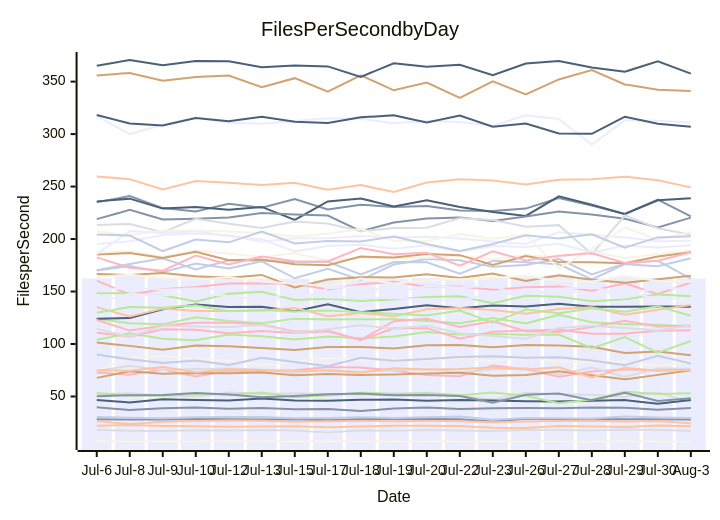
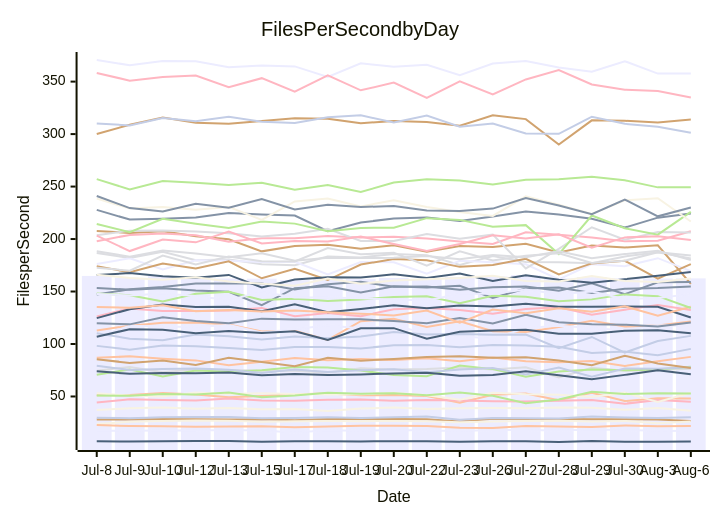
One commit to streetsidesoftware/cspell changed the diagram in perf-report.md. Above: the diagram before and after it, drawn with Mermaid. The commit also changed other lines of this file and 1 other file, not shown here.

````diff
--- a/perf-report.md
+++ b/perf-report.md
@@ -10,57 +10,57 @@
 ```mermaid
 xychart-beta
     title Files Per Second by Day
     y-axis Files per Second
-    x-axis Date [Jul-6, Jul-8, Jul-9, Jul-10, Jul-12, Jul-13, Jul-15, Jul-17, Jul-18, Jul-19, Jul-20, Jul-22, Jul-23, Jul-26, Jul-27, Jul-28, Jul-29, Jul-30, Aug-3]
-    bar [162.48, 164.83, 163.05, 164.68, 163.19, 162.43, 162.24, 160.81, 162.11, 161.80, 162.84, 161.83, 163.82, 164.32, 165.56, 162.55, 163.67, 162.66, 162.42]
-    line [28.34, 27.98, 28.10, 28.43, 28.38, 28.02, 28.20, 27.23, 28.58, 28.56, 28.51, 28.41, 26.08, 28.71, 28.53, 28.56, 28.21, 28.32, 27.98]
-    line [22.00, 22.72, 21.87, 21.57, 21.20, 21.36, 21.51, 20.58, 21.30, 22.19, 22.10, 21.88, 20.15, 20.04, 21.91, 21.31, 20.80, 22.35, 21.72]
-    line [52.09, 53.03, 50.88, 50.01, 53.83, 52.41, 53.08, 52.40, 51.77, 52.01, 53.58, 51.27, 46.96, 53.48, 52.00, 51.65, 49.61, 53.65, 44.73]
-    line [123.97, 119.80, 118.70, 125.49, 121.97, 119.76, 124.17, 123.39, 123.52, 123.46, 121.92, 119.72, 124.69, 119.65, 127.83, 120.71, 118.86, 118.39, 116.67]
-    line [101.41, 98.21, 94.52, 98.50, 97.78, 96.17, 94.33, 97.04, 97.24, 95.75, 98.78, 99.06, 97.00, 99.07, 98.61, 97.42, 91.49, 92.79, 89.32]
-    line [170.31, 176.15, 181.65, 170.98, 179.72, 179.37, 178.07, 178.35, 166.36, 178.14, 177.77, 166.91, 179.23, 177.92, 175.97, 161.59, 176.09, 174.17, 181.77]
-    line [160.32, 147.14, 152.12, 154.25, 157.55, 157.57, 157.54, 152.05, 156.89, 159.37, 154.51, 154.84, 151.75, 154.10, 154.75, 150.75, 157.93, 147.43, 158.79]
-    line [46.70, 44.23, 47.36, 46.58, 46.27, 47.99, 46.18, 45.89, 46.88, 47.09, 45.82, 46.71, 46.24, 45.49, 45.13, 45.94, 46.54, 43.06, 46.57]
-    line [7.61, 7.24, 7.01, 7.27, 7.49, 7.49, 6.93, 7.35, 7.41, 7.13, 7.42, 7.37, 6.94, 7.34, 7.37, 6.62, 7.52, 6.92, 6.91]
-    line [317.11, 300.01, 308.91, 315.76, 310.85, 309.84, 312.53, 315.03, 314.69, 310.30, 312.46, 311.42, 307.91, 317.83, 314.26, 289.97, 313.11, 312.72, 310.96]
-    line [39.71, 37.09, 38.73, 39.43, 38.35, 38.90, 37.77, 38.11, 36.22, 38.46, 39.54, 38.13, 38.75, 38.94, 38.82, 39.51, 39.23, 37.37, 39.03]
-    line [26.52, 23.76, 25.86, 26.61, 27.13, 26.83, 25.90, 26.40, 26.69, 26.50, 26.68, 26.34, 25.46, 26.08, 26.71, 26.98, 26.19, 26.72, 24.58]
-    line [18.07, 17.45, 17.16, 17.77, 17.48, 17.96, 17.52, 15.60, 17.77, 17.44, 17.98, 17.51, 17.20, 17.96, 18.17, 17.67, 18.43, 18.02, 17.45]
-    line [53.26, 50.86, 50.66, 52.36, 51.79, 53.82, 49.25, 50.85, 53.53, 52.69, 53.02, 51.19, 53.86, 50.78, 43.58, 47.06, 54.57, 52.43, 53.03]
-    line [355.88, 358.26, 350.93, 354.34, 355.82, 344.62, 353.27, 340.52, 356.06, 341.72, 349.11, 334.55, 350.21, 337.72, 352.09, 361.09, 347.33, 342.33, 341.03]
-    line [30.35, 29.68, 29.34, 30.24, 30.35, 30.53, 29.15, 29.59, 30.29, 29.57, 30.13, 31.01, 27.77, 29.48, 29.26, 29.06, 30.88, 29.94, 29.48]
-    line [72.78, 70.79, 75.77, 69.10, 74.66, 73.66, 75.08, 77.97, 77.53, 74.65, 70.42, 69.35, 79.56, 76.05, 68.90, 73.77, 75.65, 74.99, 75.71]
-    line [123.97, 124.67, 133.15, 137.66, 135.26, 135.39, 131.25, 137.83, 130.35, 133.37, 136.93, 134.10, 136.61, 135.79, 138.26, 135.57, 135.43, 135.66, 135.43]
-    line [74.62, 86.80, 88.24, 86.00, 84.39, 79.74, 83.17, 86.61, 84.55, 85.67, 84.70, 86.32, 83.67, 87.12, 83.64, 82.58, 83.71, 79.08, 83.62]
-    line [195.33, 197.97, 203.94, 205.22, 203.61, 197.40, 200.74, 200.72, 202.94, 201.36, 202.08, 200.55, 197.73, 195.25, 206.51, 204.03, 201.53, 197.81, 198.32]
-    line [235.03, 240.95, 229.51, 226.18, 233.66, 229.73, 238.10, 228.16, 232.72, 230.57, 231.48, 227.16, 226.70, 229.01, 239.01, 232.02, 223.69, 237.66, 221.63]
-    line [135.13, 126.22, 133.87, 131.35, 131.34, 131.95, 134.40, 126.35, 129.62, 126.47, 133.10, 134.27, 132.41, 128.75, 133.45, 135.04, 127.98, 132.62, 137.05]
-    line [73.99, 79.33, 75.23, 76.27, 76.63, 75.41, 72.48, 75.77, 73.22, 74.96, 75.84, 73.04, 75.74, 77.07, 71.05, 77.49, 68.74, 76.65, 76.34]
-    line [103.96, 110.20, 105.06, 103.60, 109.02, 107.38, 104.33, 107.04, 105.42, 107.07, 111.31, 108.98, 109.47, 108.84, 109.00, 95.94, 106.70, 91.83, 102.88]
-    line [67.72, 74.05, 71.58, 72.37, 72.08, 72.80, 70.30, 71.38, 70.52, 71.04, 71.91, 72.70, 69.86, 70.37, 73.91, 70.30, 66.36, 70.57, 74.92]
-    line [169.97, 174.21, 168.28, 176.77, 172.02, 178.72, 162.59, 171.56, 160.94, 175.73, 180.87, 179.86, 173.49, 175.22, 181.17, 166.29, 176.78, 179.24, 162.30]
-    line [122.86, 112.77, 117.49, 120.30, 120.41, 118.48, 111.84, 112.66, 103.82, 121.72, 123.96, 116.30, 121.57, 112.16, 111.54, 116.14, 122.06, 116.65, 117.60]
-    line [235.89, 238.48, 229.00, 230.57, 227.85, 230.59, 218.19, 235.84, 238.63, 231.13, 236.94, 230.60, 225.84, 222.04, 240.74, 232.71, 223.95, 236.98, 238.93]
-    line [186.82, 188.38, 183.25, 189.14, 186.31, 182.67, 186.39, 179.31, 182.07, 181.92, 182.11, 183.75, 180.78, 184.81, 182.65, 188.37, 181.75, 185.70, 188.91]
-    line [151.37, 153.34, 151.79, 153.10, 150.91, 149.71, 136.98, 153.14, 154.96, 149.05, 154.95, 153.94, 155.48, 143.79, 152.94, 153.75, 148.60, 152.63, 153.39]
-    line [218.95, 227.80, 218.56, 219.23, 220.42, 224.78, 223.29, 222.43, 207.49, 215.75, 219.62, 220.62, 217.24, 221.48, 226.19, 223.44, 219.34, 210.97, 220.37]
-    line [75.07, 74.46, 78.13, 73.01, 75.98, 75.26, 74.39, 74.57, 72.87, 76.84, 75.79, 76.25, 77.55, 75.81, 77.91, 68.05, 77.31, 74.56, 75.13]
-    line [213.33, 214.36, 206.61, 219.33, 214.62, 210.58, 216.81, 214.69, 207.39, 210.58, 210.83, 219.91, 218.25, 211.67, 213.25, 185.65, 222.45, 210.28, 204.15]
-    line [148.36, 148.23, 146.43, 140.41, 147.84, 149.86, 141.85, 143.07, 141.02, 142.51, 144.87, 145.54, 138.82, 146.01, 144.90, 140.82, 142.51, 147.27, 145.58]
-    line [185.15, 186.71, 181.92, 187.82, 179.82, 180.43, 176.01, 174.98, 183.26, 182.49, 185.76, 184.64, 175.39, 183.80, 178.20, 177.82, 176.95, 183.37, 187.31]
-    line [89.91, 85.41, 81.93, 84.31, 79.99, 86.85, 82.81, 78.74, 86.89, 84.13, 85.63, 87.55, 88.29, 86.90, 87.47, 84.26, 79.87, 88.81, 81.39]
-    line [110.64, 106.95, 114.12, 113.53, 110.15, 112.38, 110.43, 112.10, 103.78, 114.93, 115.08, 104.93, 111.58, 112.75, 113.47, 109.84, 109.80, 112.55, 113.19]
-    line [318.22, 310.11, 308.24, 315.35, 312.26, 316.54, 311.74, 310.63, 315.98, 317.85, 311.01, 317.69, 306.96, 309.97, 300.54, 300.28, 316.56, 309.78, 307.09]
-    line [207.36, 203.52, 207.94, 208.03, 207.20, 205.62, 202.48, 205.11, 209.83, 198.16, 198.05, 204.69, 200.38, 204.18, 172.00, 190.59, 211.20, 199.37, 206.67]
-    line [185.93, 207.58, 205.87, 207.35, 202.66, 199.84, 188.27, 193.42, 194.63, 190.82, 194.01, 187.89, 193.41, 192.42, 195.47, 187.19, 193.79, 191.90, 194.07]
-    line [50.10, 51.21, 51.39, 53.37, 51.98, 49.24, 50.53, 52.10, 52.76, 51.07, 51.44, 50.43, 43.97, 51.67, 52.73, 46.52, 53.63, 45.66, 48.27]
-    line [259.54, 257.07, 247.35, 255.25, 253.55, 251.59, 253.64, 246.87, 251.37, 244.82, 253.83, 256.85, 255.68, 251.95, 256.48, 257.08, 259.44, 255.93, 249.24]
-    line [114.45, 106.87, 117.37, 116.66, 116.21, 118.14, 111.02, 114.16, 117.75, 114.86, 117.38, 110.16, 107.68, 105.10, 115.28, 117.30, 115.27, 112.83, 117.78]
-    line [129.78, 135.18, 134.44, 136.88, 131.27, 132.43, 131.04, 131.83, 130.19, 128.92, 127.23, 131.88, 120.40, 132.81, 129.34, 133.97, 130.74, 135.91, 126.83]
-    line [166.75, 165.64, 167.61, 164.48, 163.07, 165.84, 153.93, 161.48, 163.65, 163.25, 166.55, 162.82, 167.25, 160.14, 165.42, 161.19, 158.31, 161.70, 164.91]
-    line [204.26, 203.31, 188.55, 199.47, 196.87, 207.15, 195.83, 198.09, 197.68, 202.31, 195.34, 188.56, 195.30, 203.49, 200.63, 204.54, 191.76, 201.55, 202.60]
-    line [182.50, 172.62, 169.88, 184.28, 175.71, 183.39, 178.90, 178.60, 191.51, 185.47, 186.89, 174.56, 188.32, 179.58, 184.08, 186.53, 177.20, 179.37, 187.46]
-    line [365.20, 370.59, 365.59, 369.56, 369.35, 363.79, 365.39, 364.51, 354.54, 367.49, 364.21, 365.97, 356.16, 367.24, 369.57, 363.41, 359.37, 369.40, 357.63]
-    line [163.84, 166.09, 162.99, 161.12, 163.50, 159.47, 157.31, 155.54, 162.49, 157.44, 160.47, 161.66, 162.86, 164.94, 160.13, 159.49, 164.72, 159.99, 159.02]
-    line [139.67, 147.61, 146.15, 148.02, 145.81, 141.78, 149.87, 144.29, 144.20, 143.50, 142.28, 141.37, 147.86, 147.77, 151.94, 147.31, 150.10, 142.92, 143.82]
+    x-axis Date [Jul-8, Jul-9, Jul-10, Jul-12, Jul-13, Jul-15, Jul-17, Jul-18, Jul-19, Jul-20, Jul-22, Jul-23, Jul-26, Jul-27, Jul-28, Jul-29, Jul-30, Aug-3, Aug-6]
+    bar [164.83, 163.05, 164.68, 163.19, 162.43, 162.24, 160.81, 162.11, 161.80, 162.84, 161.83, 163.82, 164.32, 165.56, 162.55, 163.67, 162.66, 162.42, 162.54]
+    line [227.80, 218.56, 219.23, 220.42, 224.78, 223.29, 222.43, 207.49, 215.75, 219.62, 220.62, 217.24, 221.48, 226.19, 223.44, 219.34, 210.97, 220.37, 224.37]
+    line [112.77, 117.49, 120.30, 120.41, 118.48, 111.84, 112.66, 103.82, 121.72, 123.96, 116.30, 121.57, 112.16, 111.54, 116.14, 122.06, 116.65, 117.60, 121.34]
+    line [74.46, 78.13, 73.01, 75.98, 75.26, 74.39, 74.57, 72.87, 76.84, 75.79, 76.25, 77.55, 75.81, 77.91, 68.05, 77.31, 74.56, 75.13, 76.37]
+    line [70.79, 75.77, 69.10, 74.66, 73.66, 75.08, 77.97, 77.53, 74.65, 70.42, 69.35, 79.56, 76.05, 68.90, 73.77, 75.65, 74.99, 75.71, 78.42]
+    line [27.98, 28.10, 28.43, 28.38, 28.02, 28.20, 27.23, 28.58, 28.56, 28.51, 28.41, 26.08, 28.71, 28.53, 28.56, 28.21, 28.32, 27.98, 26.72]
+    line [79.33, 75.23, 76.27, 76.63, 75.41, 72.48, 75.77, 73.22, 74.96, 75.84, 73.04, 75.74, 77.07, 71.05, 77.49, 68.74, 76.65, 76.34, 77.81]
+    line [126.22, 133.87, 131.35, 131.34, 131.95, 134.40, 126.35, 129.62, 126.47, 133.10, 134.27, 132.41, 128.75, 133.45, 135.04, 127.98, 132.62, 137.05, 132.31]
+    line [74.05, 71.58, 72.37, 72.08, 72.80, 70.30, 71.38, 70.52, 71.04, 71.91, 72.70, 69.86, 70.37, 73.91, 70.30, 66.36, 70.57, 74.92, 71.17]
+    line [23.76, 25.86, 26.61, 27.13, 26.83, 25.90, 26.40, 26.69, 26.50, 26.68, 26.34, 25.46, 26.08, 26.71, 26.98, 26.19, 26.72, 24.58, 26.04]
+    line [106.87, 117.37, 116.66, 116.21, 118.14, 111.02, 114.16, 117.75, 114.86, 117.38, 110.16, 107.68, 105.10, 115.28, 117.30, 115.27, 112.83, 117.78, 117.42]
+    line [153.34, 151.79, 153.10, 150.91, 149.71, 136.98, 153.14, 154.96, 149.05, 154.95, 153.94, 155.48, 143.79, 152.94, 153.75, 148.60, 152.63, 153.39, 154.85]
+    line [22.72, 21.87, 21.57, 21.20, 21.36, 21.51, 20.58, 21.30, 22.19, 22.10, 21.88, 20.15, 20.04, 21.91, 21.31, 20.80, 22.35, 21.72, 21.84]
+    line [186.71, 181.92, 187.82, 179.82, 180.43, 176.01, 174.98, 183.26, 182.49, 185.76, 184.64, 175.39, 183.80, 178.20, 177.82, 176.95, 183.37, 187.31, 181.55]
+    line [257.07, 247.35, 255.25, 253.55, 251.59, 253.64, 246.87, 251.37, 244.82, 253.83, 256.85, 255.68, 251.95, 256.48, 257.08, 259.44, 255.93, 249.24, 249.41]
+    line [207.58, 205.87, 207.35, 202.66, 199.84, 188.27, 193.42, 194.63, 190.82, 194.01, 187.89, 193.41, 192.42, 195.47, 187.19, 193.79, 191.90, 194.07, 157.33]
+    line [29.68, 29.34, 30.24, 30.35, 30.53, 29.15, 29.59, 30.29, 29.57, 30.13, 31.01, 27.77, 29.48, 29.26, 29.06, 30.88, 29.94, 29.48, 30.18]
+    line [197.97, 203.94, 205.22, 203.61, 197.40, 200.74, 200.72, 202.94, 201.36, 202.08, 200.55, 197.73, 195.25, 206.51, 204.03, 201.53, 197.81, 198.32, 207.43]
+    line [7.24, 7.01, 7.27, 7.49, 7.49, 6.93, 7.35, 7.41, 7.13, 7.42, 7.37, 6.94, 7.34, 7.37, 6.62, 7.52, 6.92, 6.91, 6.99]
+    line [37.09, 38.73, 39.43, 38.35, 38.90, 37.77, 38.11, 36.22, 38.46, 39.54, 38.13, 38.75, 38.94, 38.82, 39.51, 39.23, 37.37, 39.03, 36.44]
+    line [176.15, 181.65, 170.98, 179.72, 179.37, 178.07, 178.35, 166.36, 178.14, 177.77, 166.91, 179.23, 177.92, 175.97, 161.59, 176.09, 174.17, 181.77, 169.42]
+    line [147.14, 152.12, 154.25, 157.55, 157.57, 157.54, 152.05, 156.89, 159.37, 154.51, 154.84, 151.75, 154.10, 154.75, 150.75, 157.93, 147.43, 158.79, 159.10]
+    line [51.21, 51.39, 53.37, 51.98, 49.24, 50.53, 52.10, 52.76, 51.07, 51.44, 50.43, 43.97, 51.67, 52.73, 46.52, 53.63, 45.66, 48.27, 48.14]
+    line [203.52, 207.94, 208.03, 207.20, 205.62, 202.48, 205.11, 209.83, 198.16, 198.05, 204.69, 200.38, 204.18, 172.00, 190.59, 211.20, 199.37, 206.67, 206.31]
+    line [214.36, 206.61, 219.33, 214.62, 210.58, 216.81, 214.69, 207.39, 210.58, 210.83, 219.91, 218.25, 211.67, 213.25, 185.65, 222.45, 210.28, 204.15, 225.85]
+    line [174.21, 168.28, 176.77, 172.02, 178.72, 162.59, 171.56, 160.94, 175.73, 180.87, 179.86, 173.49, 175.22, 181.17, 166.29, 176.78, 179.24, 162.30, 176.10]
+    line [110.20, 105.06, 103.60, 109.02, 107.38, 104.33, 107.04, 105.42, 107.07, 111.31, 108.98, 109.47, 108.84, 109.00, 95.94, 106.70, 91.83, 102.88, 107.74]
+    line [44.23, 47.36, 46.58, 46.27, 47.99, 46.18, 45.89, 46.88, 47.09, 45.82, 46.71, 46.24, 45.49, 45.13, 45.94, 46.54, 43.06, 46.57, 44.99]
+    line [124.67, 133.15, 137.66, 135.26, 135.39, 131.25, 137.83, 130.35, 133.37, 136.93, 134.10, 136.61, 135.79, 138.26, 135.57, 135.43, 135.66, 135.43, 125.23]
+    line [53.03, 50.88, 50.01, 53.83, 52.41, 53.08, 52.40, 51.77, 52.01, 53.58, 51.27, 46.96, 53.48, 52.00, 51.65, 49.61, 53.65, 44.73, 53.49]
+    line [370.59, 365.59, 369.56, 369.35, 363.79, 365.39, 364.51, 354.54, 367.49, 364.21, 365.97, 356.16, 367.24, 369.57, 363.41, 359.37, 369.40, 357.63, 357.84]
+    line [119.80, 118.70, 125.49, 121.97, 119.76, 124.17, 123.39, 123.52, 123.46, 121.92, 119.72, 124.69, 119.65, 127.83, 120.71, 118.86, 118.39, 116.67, 120.52]
+    line [86.80, 88.24, 86.00, 84.39, 79.74, 83.17, 86.61, 84.55, 85.67, 84.70, 86.32, 83.67, 87.12, 83.64, 82.58, 83.71, 79.08, 83.62, 87.72]
+    line [188.38, 183.25, 189.14, 186.31, 182.67, 186.39, 179.31, 182.07, 181.92, 182.11, 183.75, 180.78, 184.81, 182.65, 188.37, 181.75, 185.70, 188.91, 179.93]
+    line [50.86, 50.66, 52.36, 51.79, 53.82, 49.25, 50.85, 53.53, 52.69, 53.02, 51.19, 53.86, 50.78, 43.58, 47.06, 54.57, 52.43, 53.03, 52.84]
+    line [85.41, 81.93, 84.31, 79.99, 86.85, 82.81, 78.74, 86.89, 84.13, 85.63, 87.55, 88.29, 86.90, 87.47, 84.26, 79.87, 88.81, 81.39, 77.04]
+    line [98.21, 94.52, 98.50, 97.78, 96.17, 94.33, 97.04, 97.24, 95.75, 98.78, 99.06, 97.00, 99.07, 98.61, 97.42, 91.49, 92.79, 89.32, 95.35]
+    line [358.26, 350.93, 354.34, 355.82, 344.62, 353.27, 340.52, 356.06, 341.72, 349.11, 334.55, 350.21, 337.72, 352.09, 361.09, 347.33, 342.33, 341.03, 334.82]
+    line [106.95, 114.12, 113.53, 110.15, 112.38, 110.43, 112.10, 103.78, 114.93, 115.08, 104.93, 111.58, 112.75, 113.47, 109.84, 109.80, 112.55, 113.19, 110.18]
+    line [238.48, 229.00, 230.57, 227.85, 230.59, 218.19, 235.84, 238.63, 231.13, 236.94, 230.60, 225.84, 222.04, 240.74, 232.71, 223.95, 236.98, 238.93, 216.66]
+    line [17.45, 17.16, 17.77, 17.48, 17.96, 17.52, 15.60, 17.77, 17.44, 17.98, 17.51, 17.20, 17.96, 18.17, 17.67, 18.43, 18.02, 17.45, 17.19]
+    line [240.95, 229.51, 226.18, 233.66, 229.73, 238.10, 228.16, 232.72, 230.57, 231.48, 227.16, 226.70, 229.01, 239.01, 232.02, 223.69, 237.66, 221.63, 230.11]
+    line [135.18, 134.44, 136.88, 131.27, 132.43, 131.04, 131.83, 130.19, 128.92, 127.23, 131.88, 120.40, 132.81, 129.34, 133.97, 130.74, 135.91, 126.83, 135.56]
+    line [172.62, 169.88, 184.28, 175.71, 183.39, 178.90, 178.60, 191.51, 185.47, 186.89, 174.56, 188.32, 179.58, 184.08, 186.53, 177.20, 179.37, 187.46, 184.23]
+    line [148.23, 146.43, 140.41, 147.84, 149.86, 141.85, 143.07, 141.02, 142.51, 144.87, 145.54, 138.82, 146.01, 144.90, 140.82, 142.51, 147.27, 145.58, 134.32]
+    line [300.01, 308.91, 315.76, 310.85, 309.84, 312.53, 315.03, 314.69, 310.30, 312.46, 311.42, 307.91, 317.83, 314.26, 289.97, 313.11, 312.72, 310.96, 313.79]
+    line [310.11, 308.24, 315.35, 312.26, 316.54, 311.74, 310.63, 315.98, 317.85, 311.01, 317.69, 306.96, 309.97, 300.54, 300.28, 316.56, 309.78, 307.09, 301.23]
+    line [203.31, 188.55, 199.47, 196.87, 207.15, 195.83, 198.09, 197.68, 202.31, 195.34, 188.56, 195.30, 203.49, 200.63, 204.54, 191.76, 201.55, 202.60, 199.11]
+    line [165.64, 167.61, 164.48, 163.07, 165.84, 153.93, 161.48, 163.65, 163.25, 166.55, 162.82, 167.25, 160.14, 165.42, 161.19, 158.31, 161.70, 164.91, 168.69]
+    line [166.09, 162.99, 161.12, 163.50, 159.47, 157.31, 155.54, 162.49, 157.44, 160.47, 161.66, 162.86, 164.94, 160.13, 159.49, 164.72, 159.99, 159.02, 162.37]
+    line [147.61, 146.15, 148.02, 145.81, 141.78, 149.87, 144.29, 144.20, 143.50, 142.28, 141.37, 147.86, 147.77, 151.94, 147.31, 150.10, 142.92, 143.82, 147.52]
 ```
````
